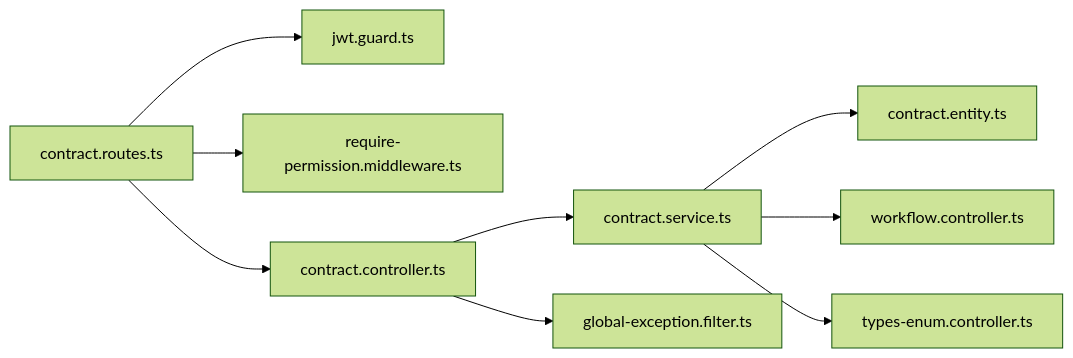
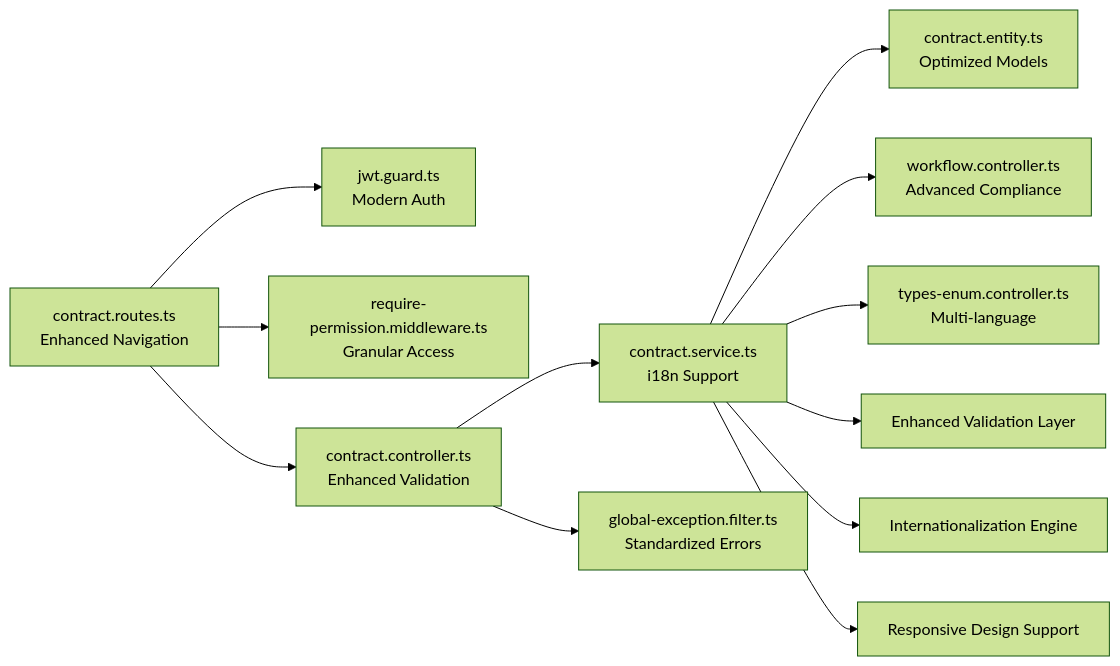
One commit to franckylab/eLISAschool changed the fifth of 5 diagrams in .qoder/repowiki/en/content/API Reference/Human Resources API/Personnel Administration API/Contract Management API.md. Above: the diagram before and after it, drawn with Mermaid (forest theme). The commit also changed other lines of this file and 102 other files, not shown here.

````diff
--- a/.qoder/repowiki/en/content/API Reference/Human Resources API/Personnel Administration API/Contract Management API.md
+++ b/.qoder/repowiki/en/content/API Reference/Human Resources API/Personnel Administration API/Contract Management API.md
@@ -475,11 +583,14 @@
 ```mermaid
 graph LR
-Routes["contract.routes.ts"] --> Guard["jwt.guard.ts"]
-Routes --> Perm["require-permission.middleware.ts"]
-Routes --> Controller["contract.controller.ts"]
-Controller --> Service["contract.service.ts"]
-Service --> Entity["contract.entity.ts"]
-Service --> Workflow["workflow.controller.ts"]
-Service --> Types["types-enum.controller.ts"]
-Controller --> Filter["global-exception.filter.ts"]
+Routes["contract.routes.ts<br/>Enhanced Navigation"] --> Guard["jwt.guard.ts<br/>Modern Auth"]
+Routes --> Perm["require-permission.middleware.ts<br/>Granular Access"]
+Routes --> Controller["contract.controller.ts<br/>Enhanced Validation"]
+Controller --> Service["contract.service.ts<br/>i18n Support"]
+Service --> Entity["contract.entity.ts<br/>Optimized Models"]
+Service --> Workflow["workflow.controller.ts<br/>Advanced Compliance"]
+Service --> Types["types-enum.controller.ts<br/>Multi-language"]
+Controller --> Filter["global-exception.filter.ts<br/>Standardized Errors"]
+Service --> Validation["Enhanced Validation Layer"]
+Service --> Localization["Internationalization Engine"]
+Service --> Responsive["Responsive Design Support"]
 ```
````
